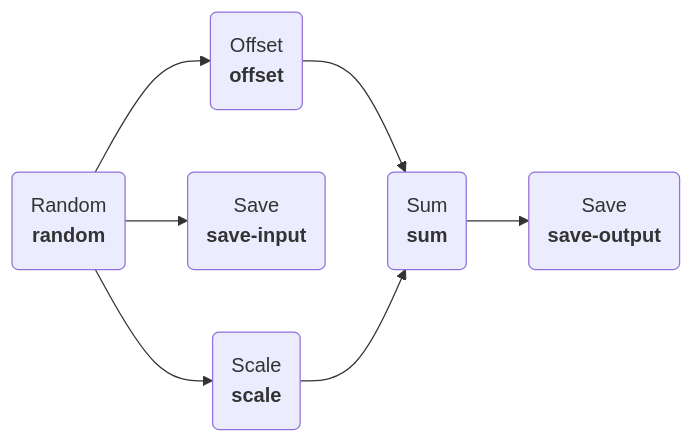
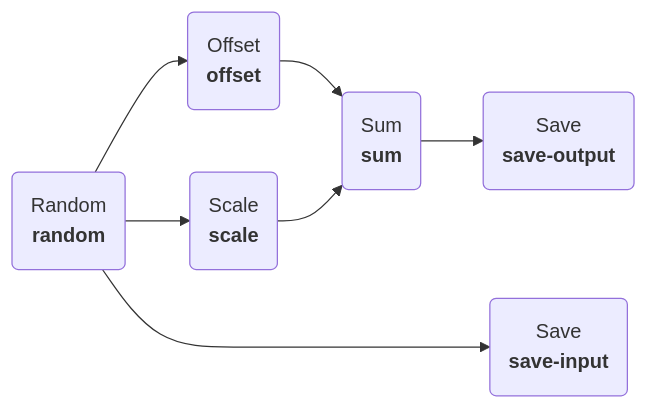
Before and after one commit to plugboard-dev/plugboard: the first of 2 diagrams in docs/examples/tutorials/more-complex-process.md, drawn with Mermaid.

Commit message:
Lengthen arrow

````diff
--- a/docs/examples/tutorials/more-complex-process.md
+++ b/docs/examples/tutorials/more-complex-process.md
@@ -28,9 +28,9 @@
 ```mermaid
 flowchart LR
     offset@{ shape: rounded, label: Offset<br>**offset** } --> sum@{ shape: rounded, label: Sum<br>**sum** }
     random@{ shape: rounded, label: Random<br>**random** } --> offset@{ shape: rounded, label: Offset<br>**offset** }
-    random@{ shape: rounded, label: Random<br>**random** } --> save-input@{ shape: rounded, label: Save<br>**save-input** }
+    random@{ shape: rounded, label: Random<br>**random** } ----> save-input@{ shape: rounded, label: Save<br>**save-input** }
     random@{ shape: rounded, label: Random<br>**random** } --> scale@{ shape: rounded, label: Scale<br>**scale** }
     scale@{ shape: rounded, label: Scale<br>**scale** } --> sum@{ shape: rounded, label: Sum<br>**sum** }
     sum@{ shape: rounded, label: Sum<br>**sum** } --> save-output@{ shape: rounded, label: Save<br>**save-output** }
 ```
````
